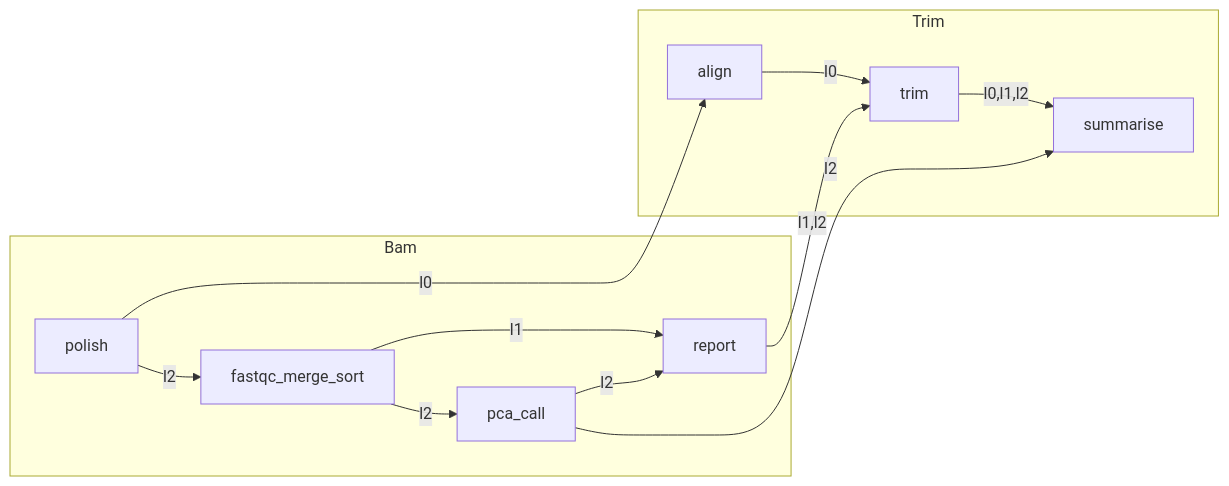
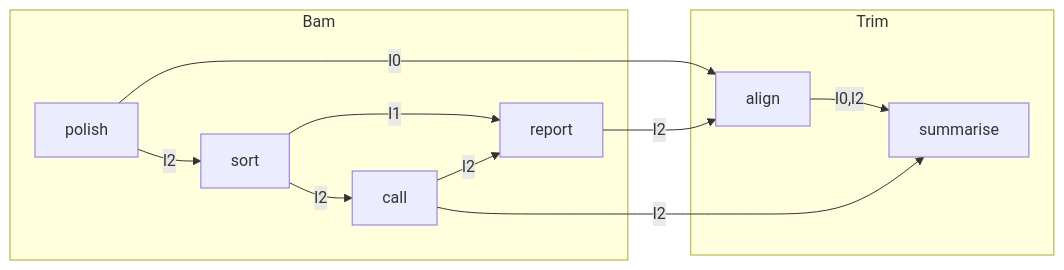
Before and after one commit to seqeralabs/nf-metro: the diagram in examples/topologies/co_column_feeders_shared_diagonal_bt.mmd, drawn with Mermaid. The commit also changed 12 other files, not shown here.

```diff
--- a/examples/topologies/co_column_feeders_shared_diagonal_bt.mmd
+++ b/examples/topologies/co_column_feeders_shared_diagonal_bt.mmd
@@ -1,27 +1,25 @@
 %%metro title: Co-column feeders sharing one diagonal
 %%metro line: l0 | Red | #e6194b
 %%metro line: l1 | Green | #3cb44b
 %%metro line: l2 | Blue | #4363d8
 
 graph LR
     subgraph sec0 [Bam]
         %%metro direction: BT
         s0n0[polish]
-        s0n1[fastqc_merge_sort]
-        s0n2[pca_call]
+        s0n1[sort]
+        s0n2[call]
         s0n3[report]
         s0n1 -->|l1| s0n3
         s0n0 -->|l2| s0n1
         s0n1 -->|l2| s0n2
         s0n2 -->|l2| s0n3
     end
     subgraph sec2 [Trim]
         s2n0[align]
-        s2n2[trim]
         s2n4[summarise]
-        s2n0 -->|l0| s2n2
-        s2n2 -->|l0,l1,l2| s2n4
+        s2n0 -->|l0,l2| s2n4
     end
     s0n0 -->|l0| s2n0
-    s0n3 -->|l1,l2| s2n2
+    s0n3 -->|l2| s2n0
     s0n2 -->|l2| s2n4
```
